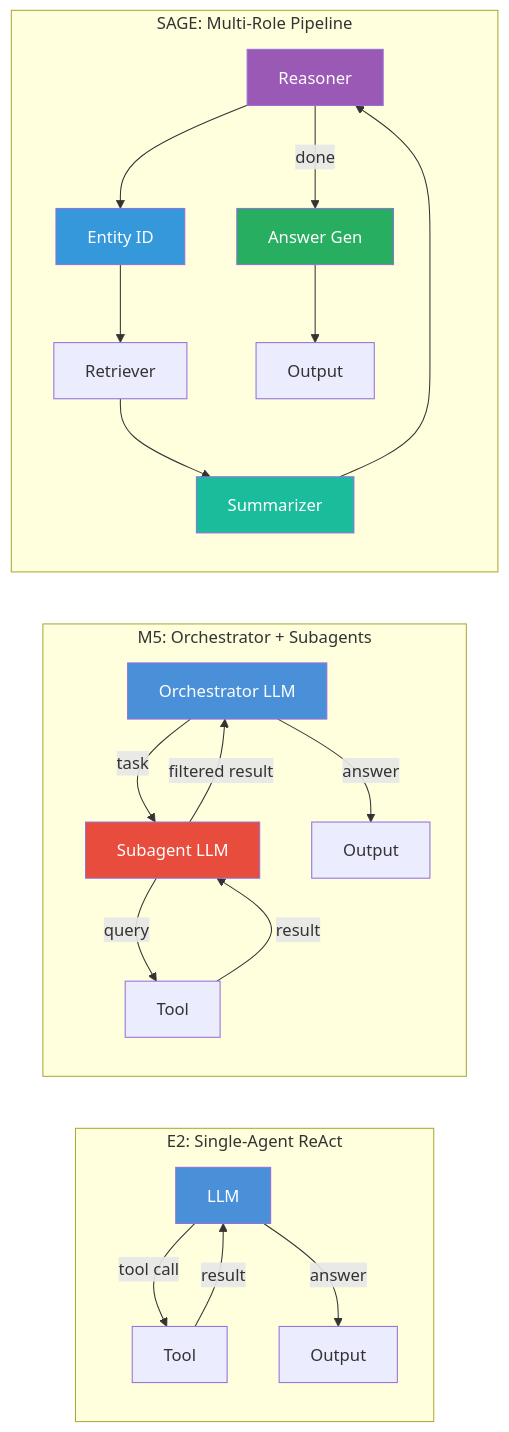
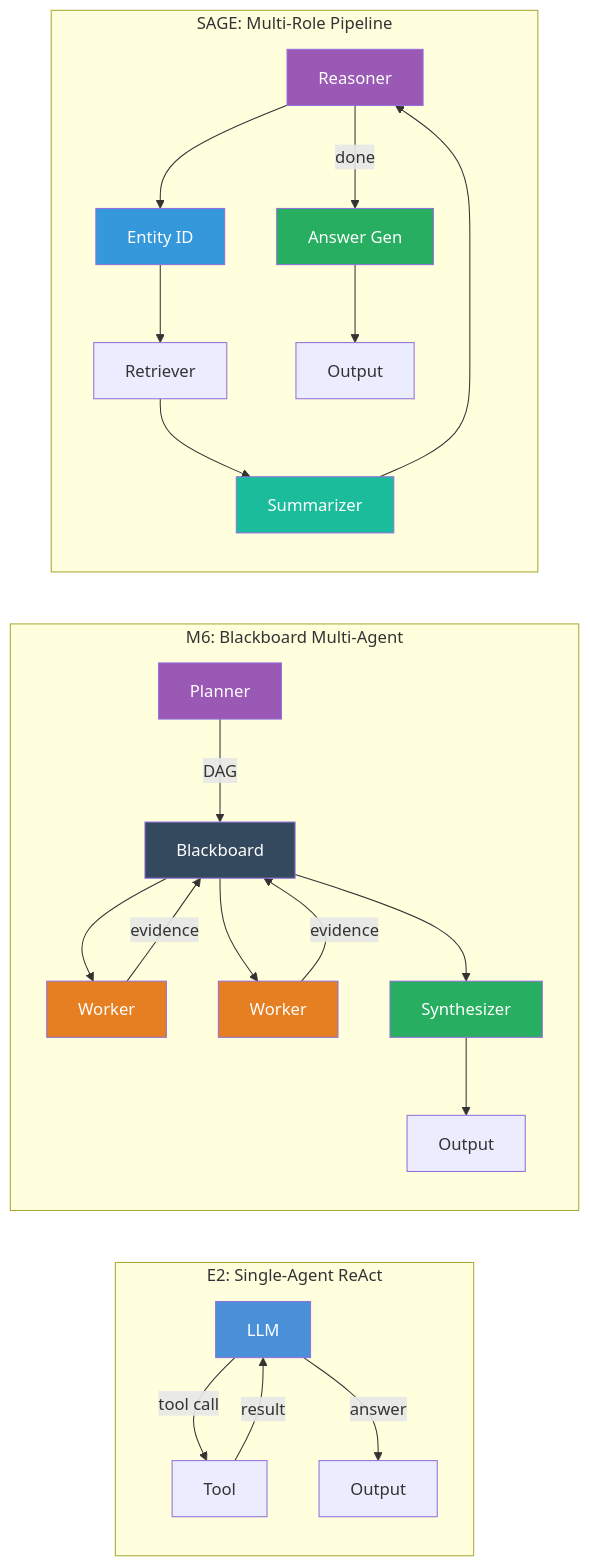
Before and after one commit to pradyutnair/msc-thesis: the fifth of 5 diagrams in 04-sage-autonomous/ARCHITECTURE.md, drawn with Mermaid. The commit also changed other lines of this file and 4 other files, not shown here.

````diff
--- a/04-sage-autonomous/ARCHITECTURE.md
+++ b/04-sage-autonomous/ARCHITECTURE.md
@@ -656,36 +724,41 @@
 ```mermaid
 flowchart LR
     subgraph E2 [E2: Single-Agent ReAct]
         direction TB
         A1[LLM] -->|tool call| T1[Tool]
         T1 -->|result| A1
         A1 -->|answer| O1[Output]
     end
 
-    subgraph M5 [M5: Orchestrator + Subagents]
+    subgraph M6 [M6: Blackboard Multi-Agent]
         direction TB
-        A2[Orchestrator LLM] -->|task| S2[Subagent LLM]
-        S2 -->|query| T2[Tool]
-        T2 -->|result| S2
-        S2 -->|filtered result| A2
-        A2 -->|answer| O2[Output]
+        P2[Planner] -->|DAG| BB2[Blackboard]
+        BB2 --> W2a[Worker]
+        BB2 --> W2b[Worker]
+        W2a -->|evidence| BB2
+        W2b -->|evidence| BB2
+        BB2 --> SY2[Synthesizer]
+        SY2 --> O2[Output]
     end
 
     subgraph SAGE [SAGE: Multi-Role Pipeline]
         direction TB
         R3[Reasoner] --> E3[Entity ID]
         E3 --> T3[Retriever]
         T3 --> SU3[Summarizer]
         SU3 --> R3
         R3 -->|done| AN3[Answer Gen]
         AN3 --> O3[Output]
     end
 
     style A1 fill:#4a90d9,color:#fff
-    style A2 fill:#4a90d9,color:#fff
-    style S2 fill:#e74c3c,color:#fff
+    style P2 fill:#9b59b6,color:#fff
+    style W2a fill:#e67e22,color:#fff
+    style W2b fill:#e67e22,color:#fff
+    style SY2 fill:#27ae60,color:#fff
+    style BB2 fill:#34495e,color:#fff
     style R3 fill:#9b59b6,color:#fff
     style E3 fill:#3498db,color:#fff
     style SU3 fill:#1abc9c,color:#fff
     style AN3 fill:#27ae60,color:#fff
 ```
````
